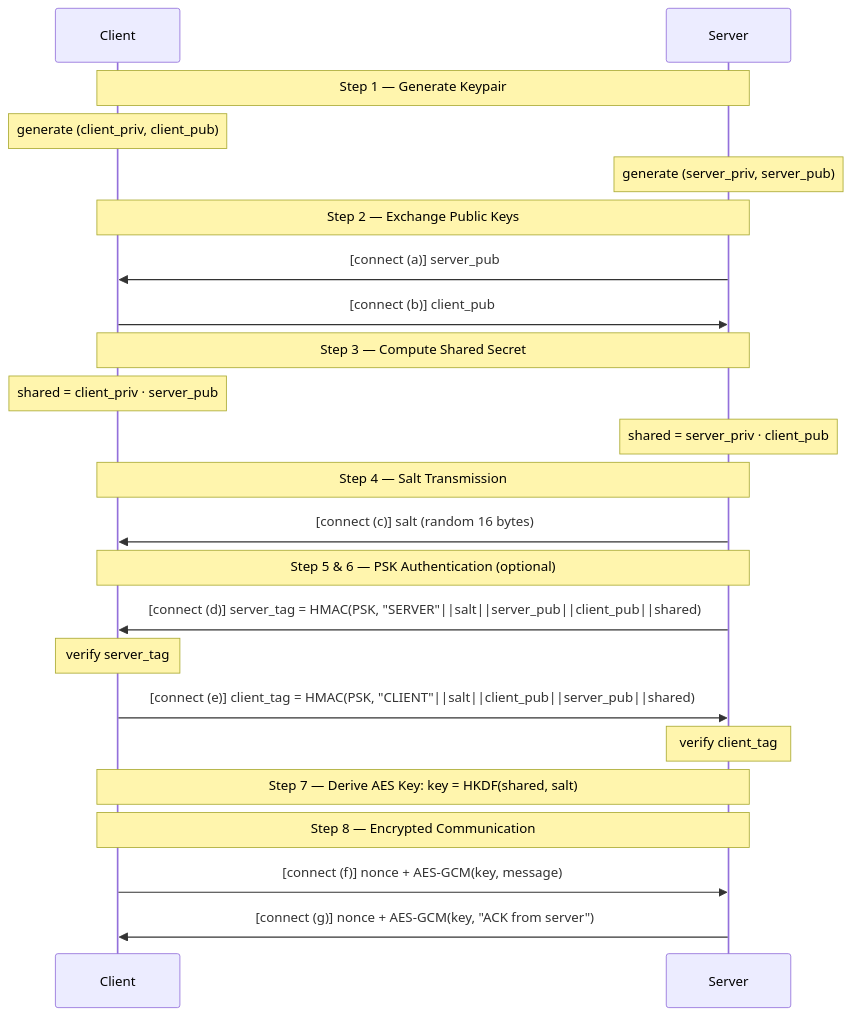
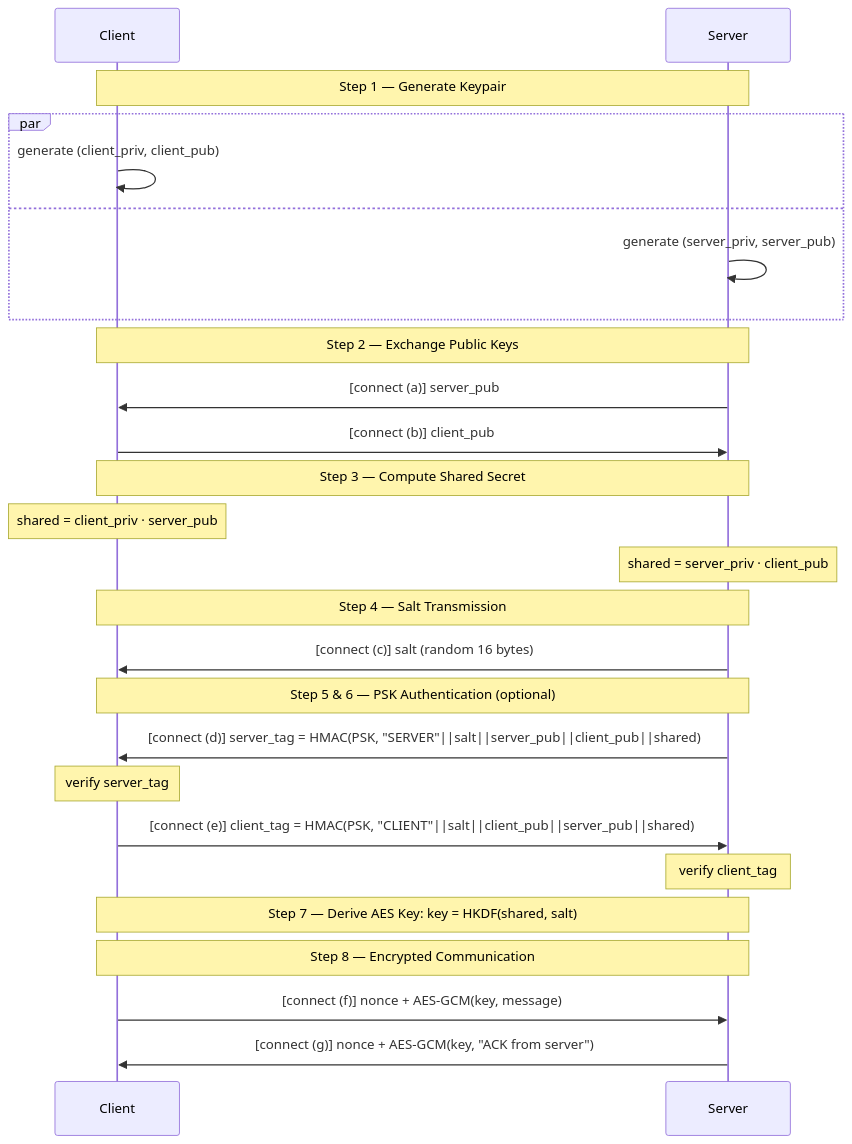
Before and after one commit to hanbo-fan/diffie-hellman-mitm-attack-demo: the diagram in README.md, drawn with Mermaid.

````diff
--- a/README.md
+++ b/README.md
@@ -16,32 +16,35 @@
 ```mermaid
 sequenceDiagram
     participant C as Client
     participant S as Server
 
     Note over C,S: Step 1 — Generate Keypair
-    Note over C: generate (client_priv, client_pub)
-    Note over S: generate (server_priv, server_pub)
+    par
+        C->>C: generate (client_priv, client_pub)
+    and
+        S->>S: generate (server_priv, server_pub)
+    end
 
     Note over C,S: Step 2 — Exchange Public Keys
     S->>C: [connect (a)] server_pub
     C->>S: [connect (b)] client_pub
 
     Note over C,S: Step 3 — Compute Shared Secret
     Note over C: shared = client_priv · server_pub
     Note over S: shared = server_priv · client_pub
 
     Note over C,S: Step 4 — Salt Transmission
     S->>C: [connect (c)] salt (random 16 bytes)
 
     Note over C,S: Step 5 & 6 — PSK Authentication (optional)
     S->>C: [connect (d)] server_tag = HMAC(PSK, "SERVER"||salt||server_pub||client_pub||shared)
     Note over C: verify server_tag
     C->>S: [connect (e)] client_tag = HMAC(PSK, "CLIENT"||salt||client_pub||server_pub||shared)
     Note over S: verify client_tag
 
     Note over C,S: Step 7 — Derive AES Key: key = HKDF(shared, salt)
 
     Note over C,S: Step 8 — Encrypted Communication
     C->>S: [connect (f)] nonce + AES-GCM(key, message)
     S->>C: [connect (g)] nonce + AES-GCM(key, "ACK from server")
 ```
````
